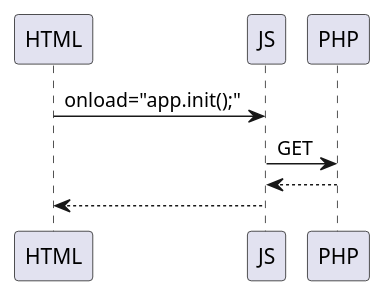
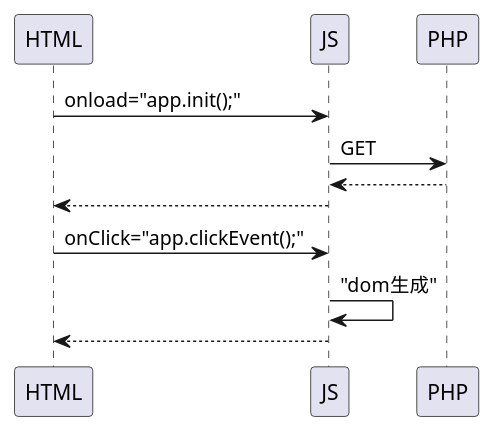
One commit to kenriki/xdomain changed the diagram in test.pu. Above: the diagram before and after it, drawn with PlantUML. The commit also changed 1 other file, not shown here.

```diff
--- a/test.pu
+++ b/test.pu
@@ -1,6 +1,9 @@
 @startuml
 HTML -> "JS" : onload="app.init();"
 "JS" -> "PHP": GET
 "PHP" --> "JS"
 "JS" --> "HTML"
+"HTML" -> "JS": onClick="app.clickEvent();"
+"JS" -> "JS": "dom生成"
+"JS" --> "HTML"
 @enduml
```
